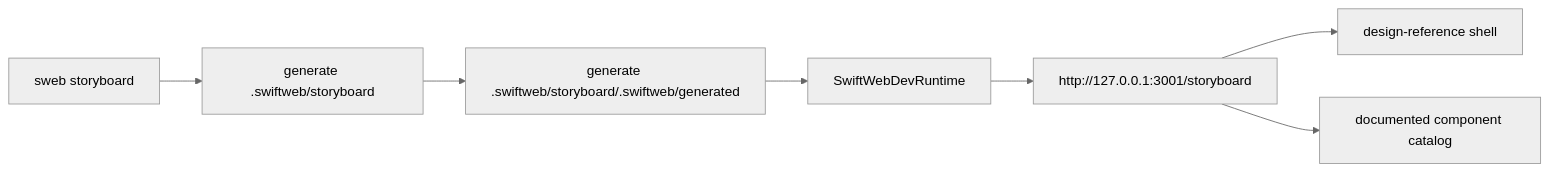
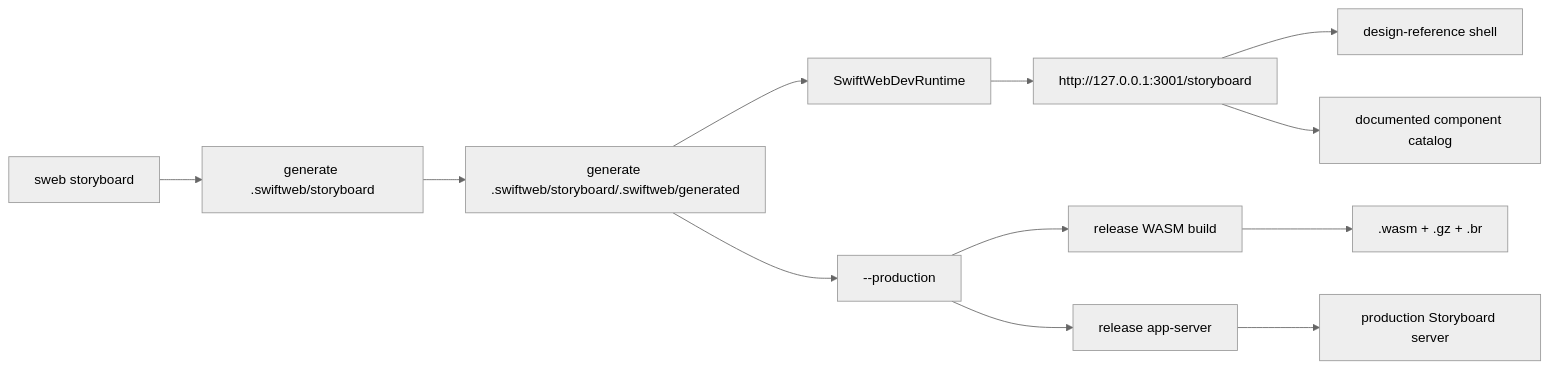
Before and after one commit to 1amageek/swift-web: the sixth of 10 diagrams in Sources/SwiftWebCLI/README.md, drawn with Mermaid (neutral theme). The commit also changed other lines of this file and 354 other files, not shown here.

````diff
--- a/Sources/SwiftWebCLI/README.md
+++ b/Sources/SwiftWebCLI/README.md
@@ -151,9 +153,14 @@
 ```mermaid
 flowchart LR
   A["sweb storyboard"] --> B["generate .swiftweb/storyboard"]
   B --> C["generate .swiftweb/storyboard/.swiftweb/generated"]
   C --> D["SwiftWebDevRuntime"]
   D --> E["http://127.0.0.1:3001/storyboard"]
   E --> F["design-reference shell"]
   E --> G["documented component catalog"]
+  C --> H["--production"]
+  H --> I["release WASM build"]
+  I --> J[".wasm + .gz + .br"]
+  H --> K["release app-server"]
+  K --> L["production Storyboard server"]
 ```
````
